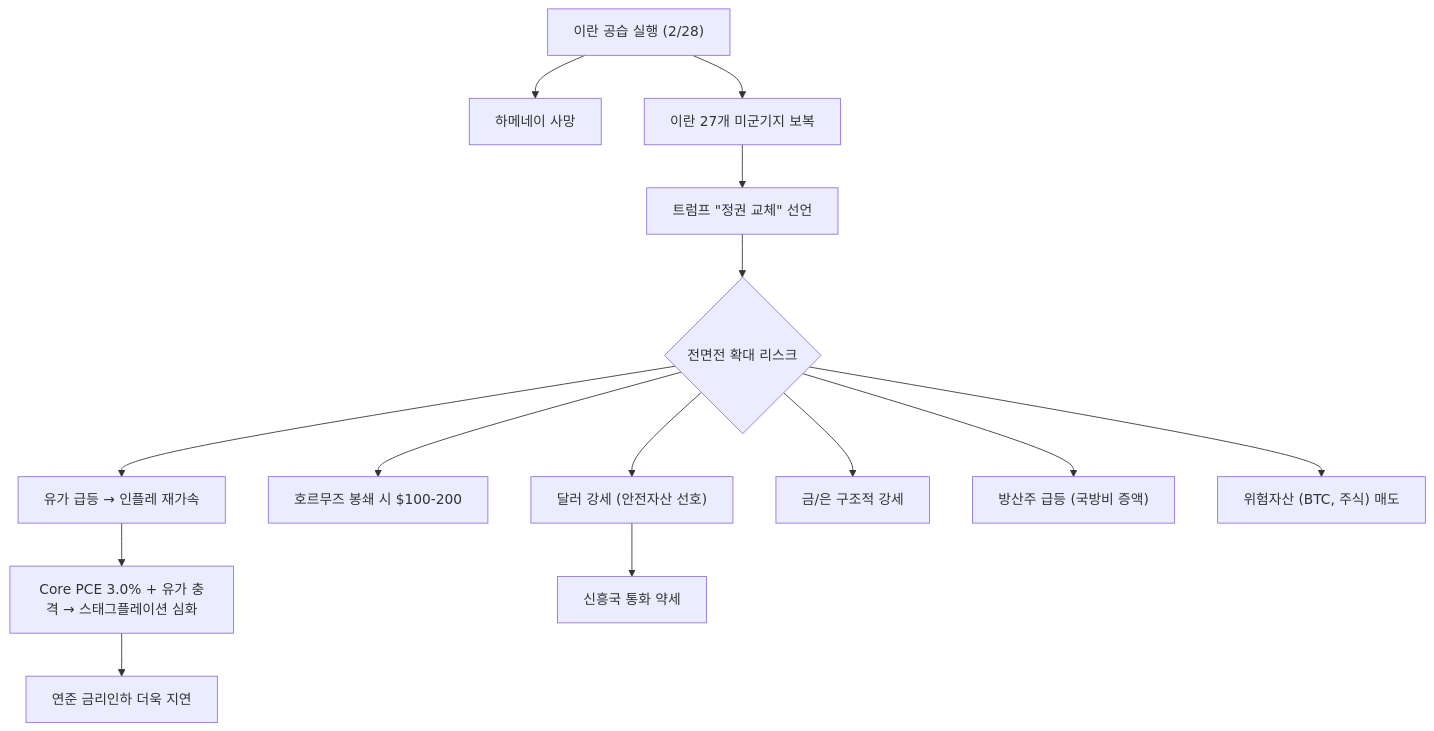
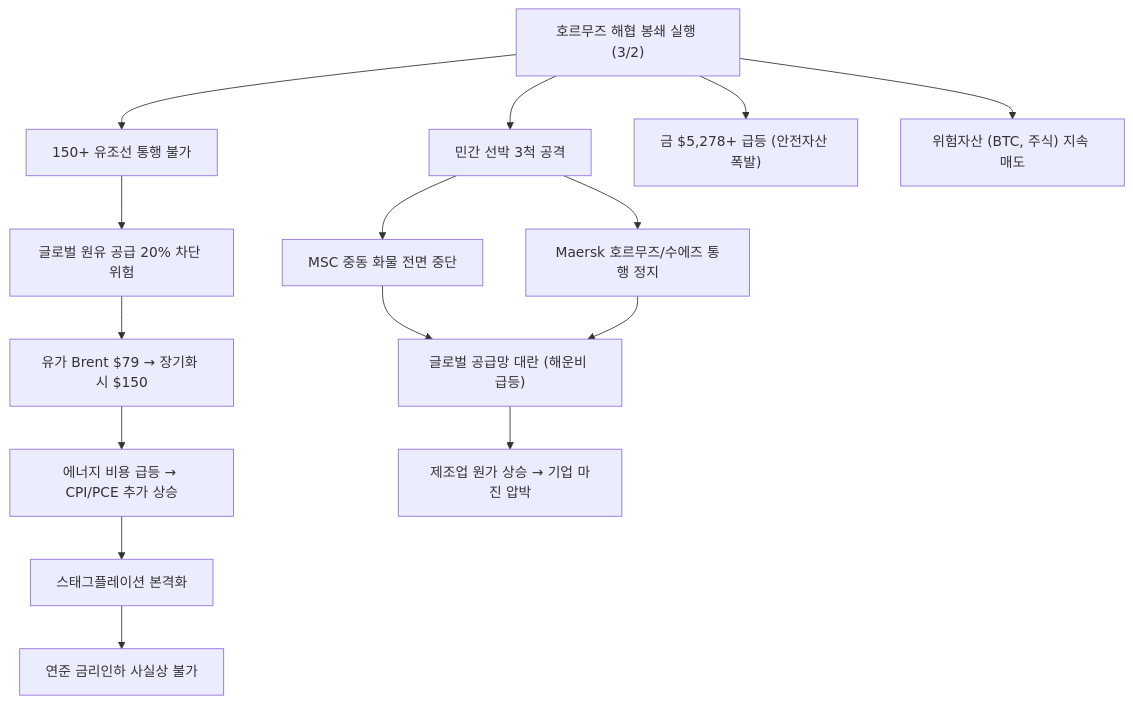
The first of 2 diagrams in _posts/knowledge/invest/2026-01-21-macroeconomic-policy-sector-outlook-2026.md (dss99911/dss99911.github.io), drawn with Mermaid before and after one commit. The commit also changed other lines of this file and 15 other files, not shown here.

````diff
--- a/_posts/knowledge/invest/2026-01-21-macroeconomic-policy-sector-outlook-2026.md
+++ b/_posts/knowledge/invest/2026-01-21-macroeconomic-policy-sector-outlook-2026.md
@@ -88,16 +90,17 @@
 ```mermaid
 graph TD
-    A["이란 공습 실행 (2/28)"] --> B["하메네이 사망"]
-    A --> C["이란 27개 미군기지 보복"]
-    C --> D["트럼프 #quot;정권 교체#quot; 선언"]
-    D --> E{"전면전 확대 리스크"}
-    E --> F["유가 급등 → 인플레 재가속"]
-    E --> G["호르무즈 봉쇄 시 $100-200"]
-    F --> H["Core PCE 3.0% + 유가 충격 → 스태그플레이션 심화"]
-    H --> I["연준 금리인하 더욱 지연"]
-    E --> J["달러 강세 (안전자산 선호)"]
-    J --> K["신흥국 통화 약세"]
-    E --> L["금/은 구조적 강세"]
-    E --> M["방산주 급등 (국방비 증액)"]
-    E --> N["위험자산 (BTC, 주식) 매도"]
+    A["호르무즈 해협 봉쇄 실행 (3/2)"] --> B["민간 선박 3척 공격"]
+    A --> C["150+ 유조선 통행 불가"]
+    B --> D["MSC 중동 화물 전면 중단"]
+    B --> E["Maersk 호르무즈/수에즈 통행 정지"]
+    C --> F["글로벌 원유 공급 20% 차단 위험"]
+    F --> G["유가 Brent $79 → 장기화 시 $150"]
+    G --> H["에너지 비용 급등 → CPI/PCE 추가 상승"]
+    H --> I["스태그플레이션 본격화"]
+    I --> J["연준 금리인하 사실상 불가"]
+    D --> K["글로벌 공급망 대란 (해운비 급등)"]
+    E --> K
+    K --> L["제조업 원가 상승 → 기업 마진 압박"]
+    A --> M["금 $5,278+ 급등 (안전자산 폭발)"]
+    A --> N["위험자산 (BTC, 주식) 지속 매도"]
 ```
````
